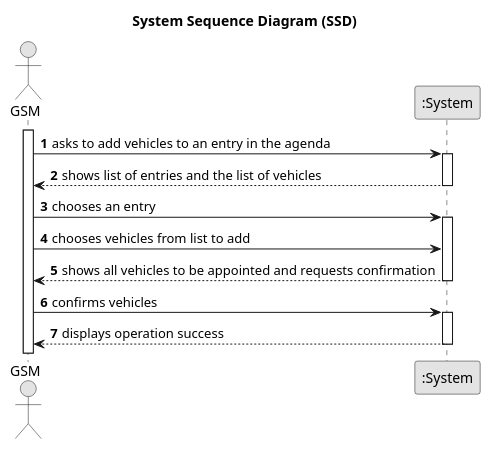
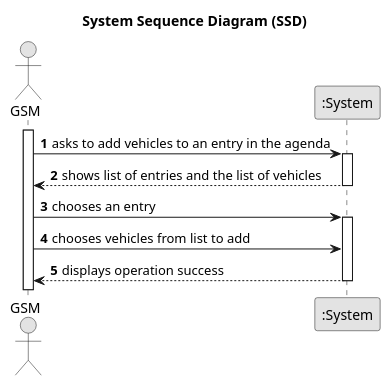
The diagram in docs/sprintC/us026/01.requirements-engineering/puml/us026-system-sequence-diagram.puml (Departamento-de-Engenharia-Informatica/lei-24-s2-1do-g164), drawn with PlantUML before and after one commit. The commit also changed 6 other files, not shown here.

```diff
--- a/docs/sprintC/us026/01.requirements-engineering/puml/us026-system-sequence-diagram.puml
+++ b/docs/sprintC/us026/01.requirements-engineering/puml/us026-system-sequence-diagram.puml
@@ -1,42 +1,33 @@
 @startuml
 skinparam monochrome true
 skinparam packageStyle rectangle
 skinparam shadowing false
 
 title System Sequence Diagram (SSD)
 
 autonumber
 
 actor "GSM" as Employee
 participant ":System" as System
 
 activate Employee
 
     Employee -> System : asks to add vehicles to an entry in the agenda
     activate System
 
         System --> Employee :shows list of entries and the list of vehicles
     deactivate System
 
      Employee -> System : chooses an entry
         activate System
 
-
-
          Employee -> System : chooses vehicles from list to add
-
-
-                System --> Employee : shows all vehicles to be appointed and requests confirmation
-            deactivate System
-
-             Employee -> System : confirms vehicles
-                activate System
 
             System --> Employee : displays operation success
                 deactivate System
 
 
 
 
 
 @enduml
```
